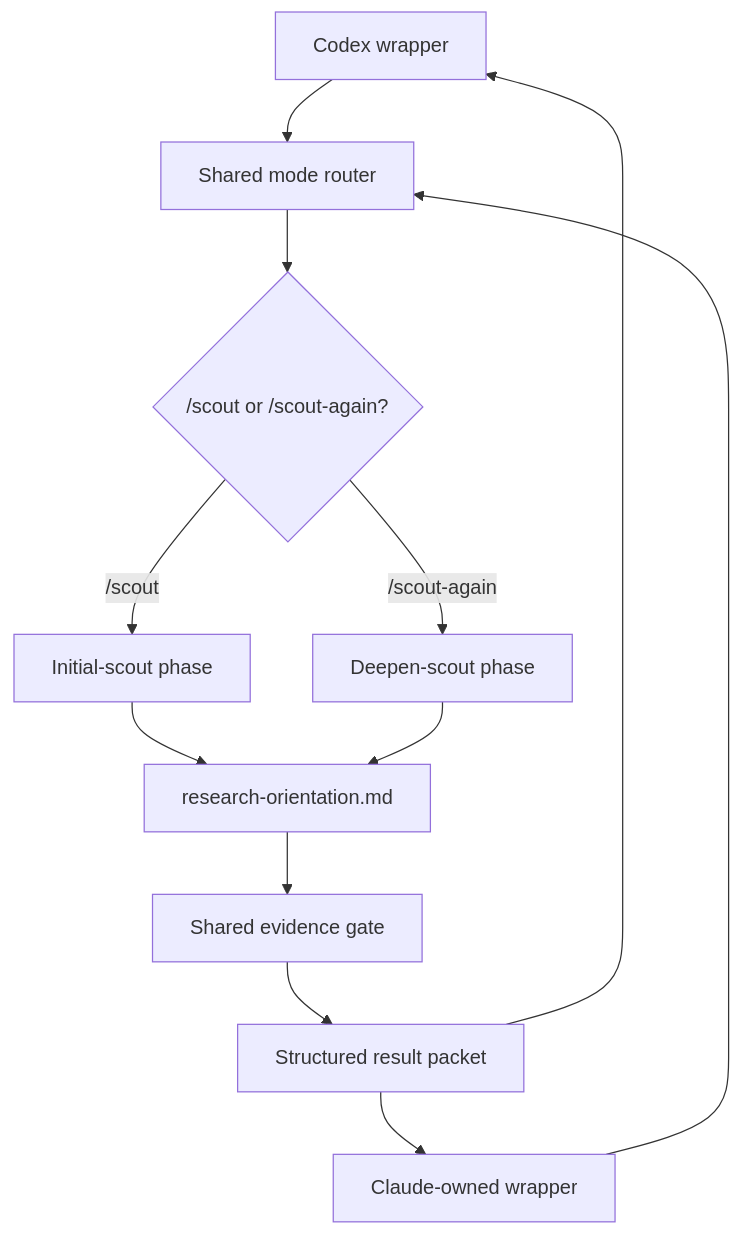
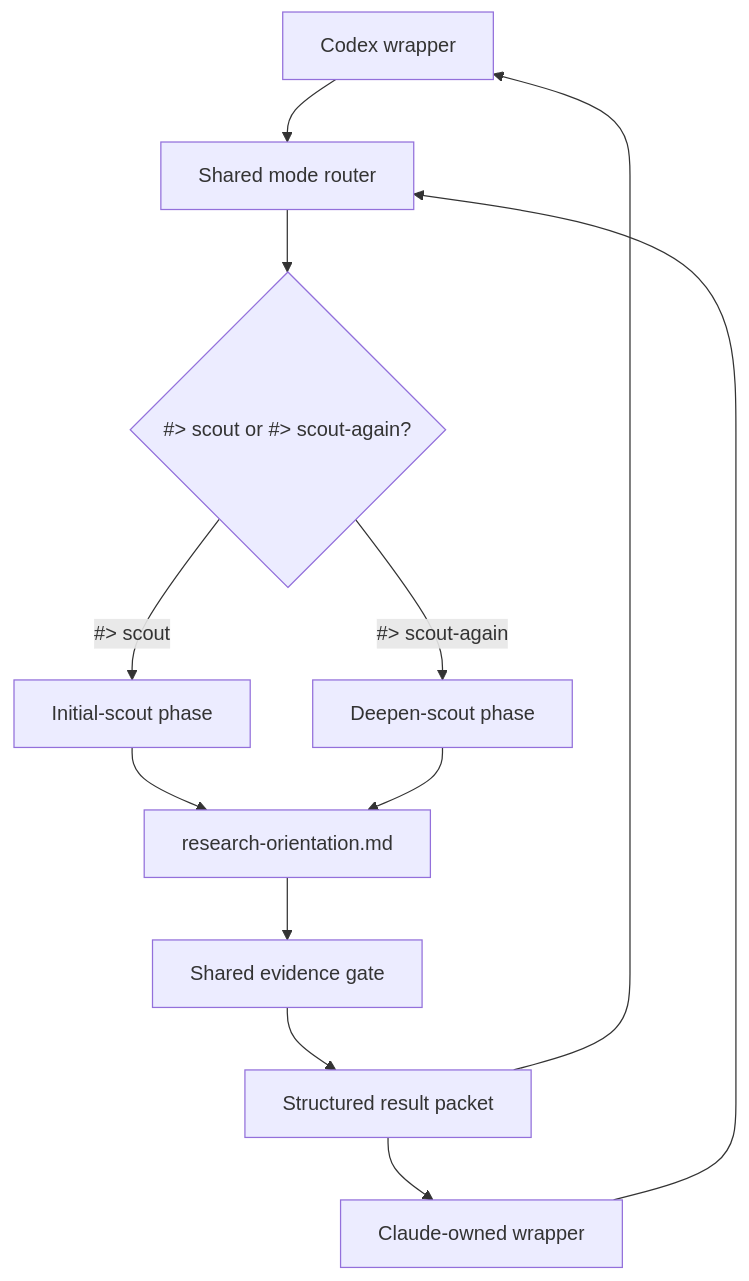
Before and after one commit to geekybobz/research-context-scout: the fifth of 6 diagrams in README.md, drawn with Mermaid. The commit also changed other lines of this file and 6 other files, not shown here.

````diff
--- a/README.md
+++ b/README.md
@@ -547,14 +574,14 @@
 ```mermaid
 flowchart TD
     C["Codex wrapper"] --> R["Shared mode router"]
     L["Claude-owned wrapper"] --> R
-    R --> S{"/scout or /scout-again?"}
-    S -- "/scout" --> I["Initial-scout phase"]
-    S -- "/scout-again" --> D["Deepen-scout phase"]
+    R --> S{"#> scout or #> scout-again?"}
+    S -- "#> scout" --> I["Initial-scout phase"]
+    S -- "#> scout-again" --> D["Deepen-scout phase"]
     I --> P["research-orientation.md"]
     D --> P
     P --> E["Shared evidence gate"]
     E --> O["Structured result packet"]
     O --> C
     O --> L
 ```
````
